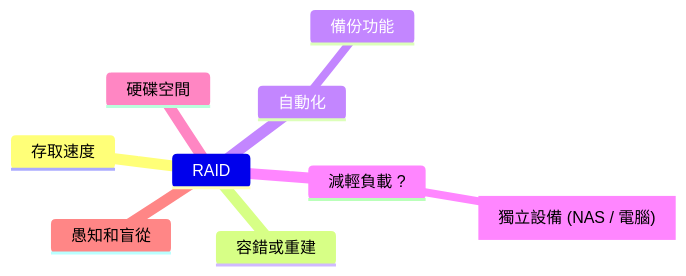
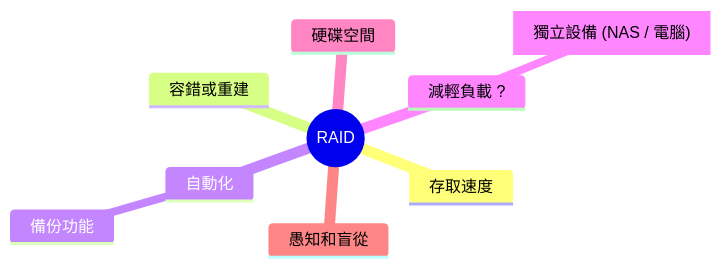
The first of 5 diagrams in helper_BackupvsRAID.md (lankahsu520/HelperX), drawn with Mermaid before and after one commit. The commit also changed other lines of this file and 6 other files, not shown here.

Commit message:
add mindmap root(())

````diff
--- a/helper_BackupvsRAID.md
+++ b/helper_BackupvsRAID.md
@@ -43,12 +43,12 @@
 ```mermaid
 mindmap
-	RAID
+	root((RAID))
 		存取速度
 		容錯或重建
 		自動化
 			備份功能
 		減輕負載 ?
 			獨立設備["獨立設備 (NAS / 電腦)"]
 		硬碟空間
 		愚知和盲從
 ```
````
